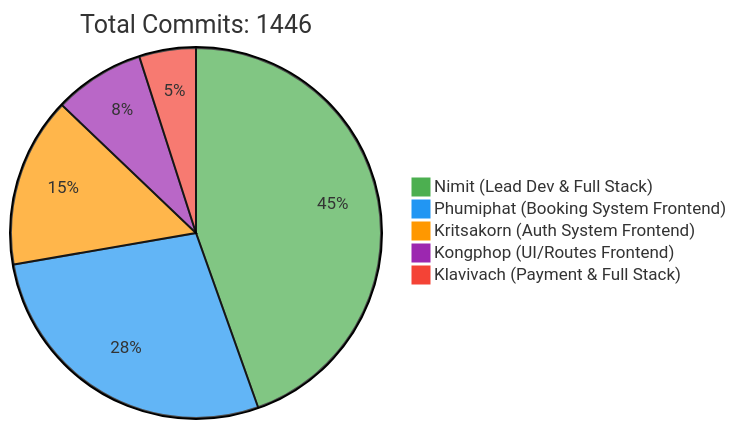
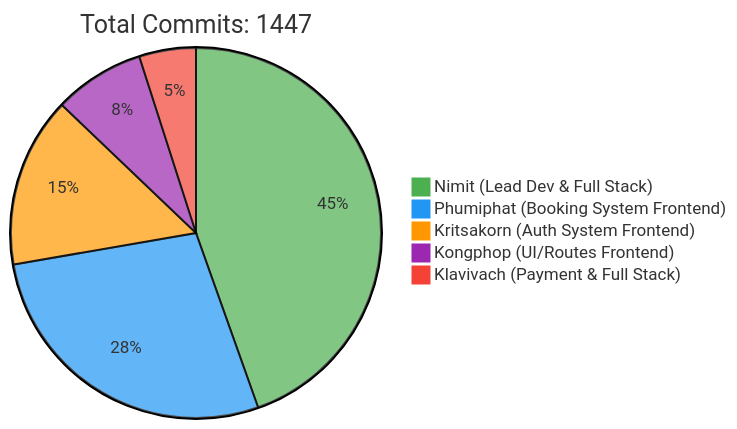
Before and after one commit to 6531503042/Sport-Complex: the first of 2 diagrams in README.md, drawn with Mermaid. The commit also changed other lines of this file, not shown here.

Commit message:
docs: Update contributor statistics [skip ci]

````diff
--- a/README.md
+++ b/README.md
@@ -257,10 +257,10 @@
 ```mermaid
 %%{init: {'theme': 'base', 'themeVariables': { 'pie1': '#4CAF50', 'pie2': '#2196F3', 'pie3': '#FF9800', 'pie4': '#9C27B0', 'pie5': '#F44336'}}}%%
 pie
-    title Total Commits: 1446
+    title Total Commits: 1447
     "Nimit (Lead Dev & Full Stack)" : 450
     "Phumiphat (Booking System Frontend)" : 280
     "Kritsakorn (Auth System Frontend)" : 150
     "Kongphop (UI/Routes Frontend)" : 80
     "Klavivach (Payment & Full Stack)" : 50
 ```
````
